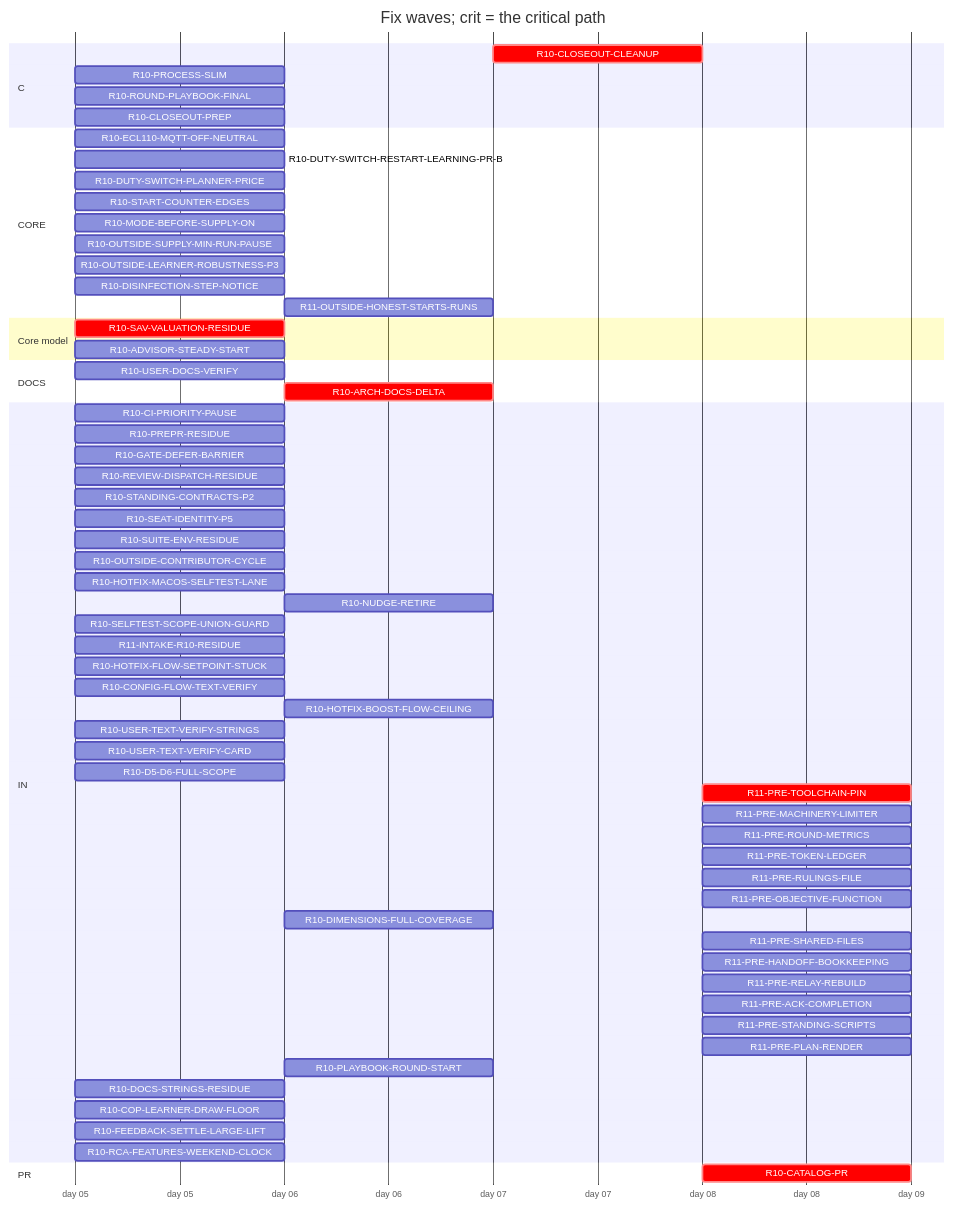
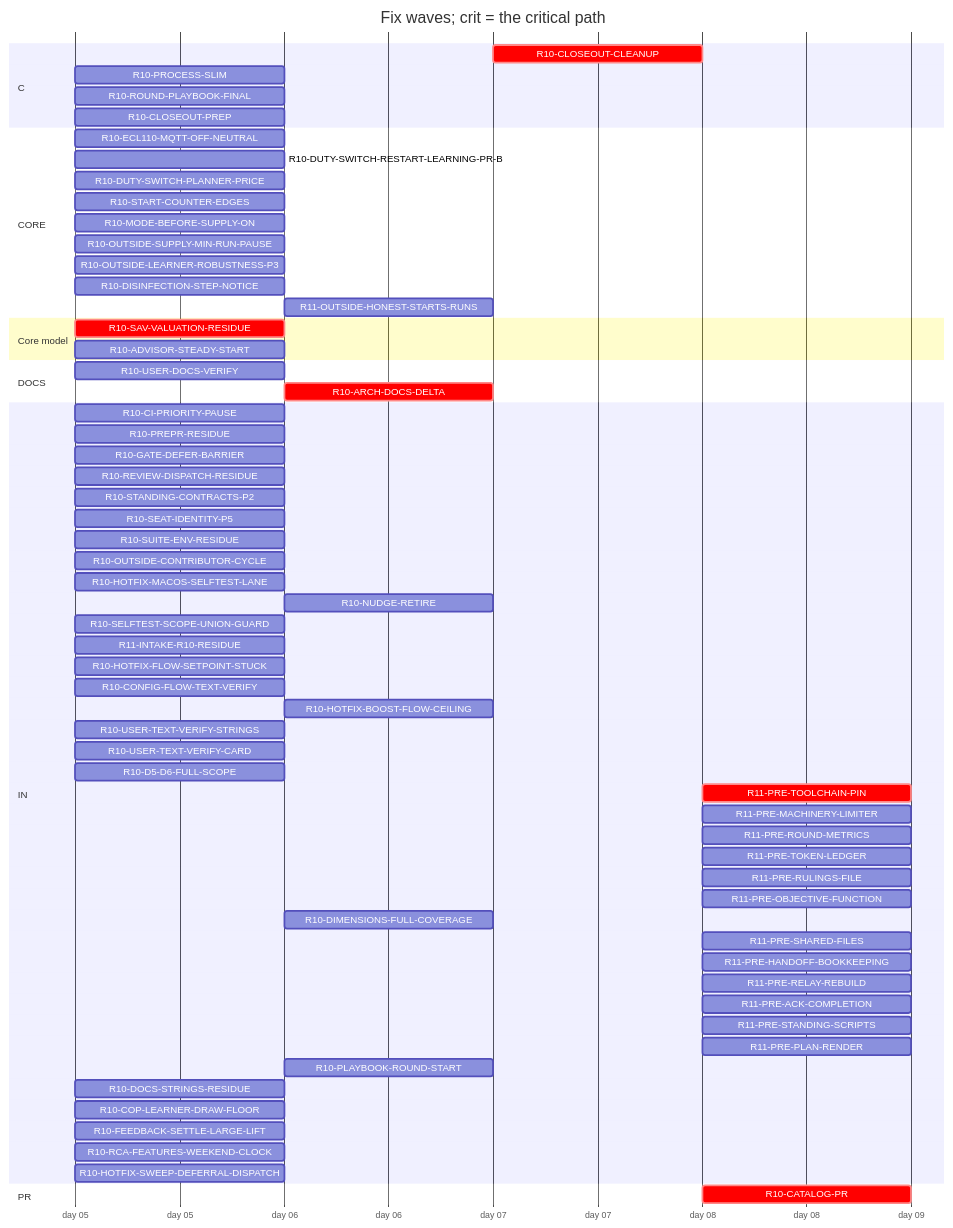
One commit to tvofi/heatpump_optimizer changed the diagram in handoff/round10/state/PLAN-TABLE.md. Above: the diagram before and after it, drawn with Mermaid. The commit also changed other lines of this file and 4 other files, not shown here.

Commit message:
state: FLOW-BOARD.md, NEXT-SESSION-PROMPT.md, PLAN-TABLE.md, PLAN.html, RESUME-CURRENT.md regenerated (state_docs.py)

````diff
--- a/handoff/round10/state/PLAN-TABLE.md
+++ b/handoff/round10/state/PLAN-TABLE.md
@@ -19,66 +19,67 @@
 ```mermaid
 gantt
   title Fix waves; crit = the critical path
   dateFormat YYYY-MM-DD
   axisFormat day %d
   section C
     R10-CLOSEOUT-CLEANUP :crit, r10CLOSEOUTCLEANUP, after r10USERDOCSVERIFY r10CLOSEOUTPREP r10ARCHDOCSDELTA, 1d
     R10-PROCESS-SLIM :r10PROCESSSLIM, 2026-01-05, 1d
     R10-ROUND-PLAYBOOK-FINAL :r10ROUNDPLAYBOOKFINAL, 2026-01-05, 1d
     R10-CLOSEOUT-PREP :r10CLOSEOUTPREP, 2026-01-05, 1d
   section CORE
     R10-ECL110-MQTT-OFF-NEUTRAL :r10ECL110MQTTOFFNEUTRAL, 2026-01-05, 1d
     R10-DUTY-SWITCH-RESTART-LEARNING-PR-B :r10DUTYSWITCHRESTARTLEARNINGPRB, 2026-01-05, 1d
     R10-DUTY-SWITCH-PLANNER-PRICE :r10DUTYSWITCHPLANNERPRICE, 2026-01-05, 1d
     R10-START-COUNTER-EDGES :r10STARTCOUNTEREDGES, 2026-01-05, 1d
     R10-MODE-BEFORE-SUPPLY-ON :r10MODEBEFORESUPPLYON, 2026-01-05, 1d
     R10-OUTSIDE-SUPPLY-MIN-RUN-PAUSE :r10OUTSIDESUPPLYMINRUNPAUSE, 2026-01-05, 1d
     R10-OUTSIDE-LEARNER-ROBUSTNESS-P3 :r10OUTSIDELEARNERROBUSTNESSP3, 2026-01-05, 1d
     R10-DISINFECTION-STEP-NOTICE :r10DISINFECTIONSTEPNOTICE, 2026-01-05, 1d
     R11-OUTSIDE-HONEST-STARTS-RUNS :r11OUTSIDEHONESTSTARTSRUNS, after r10DUTYSWITCHPLANNERPRICE r10OUTSIDESUPPLYMINRUNPAUSE r10ADVISORSTEADYSTART, 1d
   section Core model
     R10-SAV-VALUATION-RESIDUE :crit, r10SAVVALUATIONRESIDUE, 2026-01-05, 1d
     R10-ADVISOR-STEADY-START :r10ADVISORSTEADYSTART, 2026-01-05, 1d
   section DOCS
     R10-USER-DOCS-VERIFY :r10USERDOCSVERIFY, 2026-01-05, 1d
     R10-ARCH-DOCS-DELTA :crit, r10ARCHDOCSDELTA, after r10SAVVALUATIONRESIDUE r10ADVISORSTEADYSTART, 1d
   section IN
     R10-CI-PRIORITY-PAUSE :r10CIPRIORITYPAUSE, 2026-01-05, 1d
     R10-PREPR-RESIDUE :r10PREPRRESIDUE, 2026-01-05, 1d
     R10-GATE-DEFER-BARRIER :r10GATEDEFERBARRIER, 2026-01-05, 1d
     R10-REVIEW-DISPATCH-RESIDUE :r10REVIEWDISPATCHRESIDUE, 2026-01-05, 1d
     R10-STANDING-CONTRACTS-P2 :r10STANDINGCONTRACTSP2, 2026-01-05, 1d
     R10-SEAT-IDENTITY-P5 :r10SEATIDENTITYP5, 2026-01-05, 1d
     R10-SUITE-ENV-RESIDUE :r10SUITEENVRESIDUE, 2026-01-05, 1d
     R10-OUTSIDE-CONTRIBUTOR-CYCLE :r10OUTSIDECONTRIBUTORCYCLE, 2026-01-05, 1d
     R10-HOTFIX-MACOS-SELFTEST-LANE :r10HOTFIXMACOSSELFTESTLANE, 2026-01-05, 1d
     R10-NUDGE-RETIRE :r10NUDGERETIRE, after r10ROUNDPLAYBOOKFINAL, 1d
     R10-SELFTEST-SCOPE-UNION-GUARD :r10SELFTESTSCOPEUNIONGUARD, 2026-01-05, 1d
     R11-INTAKE-R10-RESIDUE :r11INTAKER10RESIDUE, 2026-01-05, 1d
     R10-HOTFIX-FLOW-SETPOINT-STUCK :r10HOTFIXFLOWSETPOINTSTUCK, 2026-01-05, 1d
     R10-CONFIG-FLOW-TEXT-VERIFY :r10CONFIGFLOWTEXTVERIFY, 2026-01-05, 1d
     R10-HOTFIX-BOOST-FLOW-CEILING :r10HOTFIXBOOSTFLOWCEILING, after r10HOTFIXFLOWSETPOINTSTUCK, 1d
     R10-USER-TEXT-VERIFY-STRINGS :r10USERTEXTVERIFYSTRINGS, 2026-01-05, 1d
     R10-USER-TEXT-VERIFY-CARD :r10USERTEXTVERIFYCARD, 2026-01-05, 1d
     R10-D5-D6-FULL-SCOPE :r10D5D6FULLSCOPE, 2026-01-05, 1d
     R11-PRE-TOOLCHAIN-PIN :crit, r11PRETOOLCHAINPIN, after r10CATALOGPR, 1d
     R11-PRE-MACHINERY-LIMITER :r11PREMACHINERYLIMITER, after r10CATALOGPR, 1d
     R11-PRE-ROUND-METRICS :r11PREROUNDMETRICS, after r10CATALOGPR, 1d
     R11-PRE-TOKEN-LEDGER :r11PRETOKENLEDGER, after r10CATALOGPR, 1d
     R11-PRE-RULINGS-FILE :r11PRERULINGSFILE, after r10CATALOGPR, 1d
     R11-PRE-OBJECTIVE-FUNCTION :r11PREOBJECTIVEFUNCTION, after r10CATALOGPR, 1d
     R10-DIMENSIONS-FULL-COVERAGE :r10DIMENSIONSFULLCOVERAGE, after r10D5D6FULLSCOPE, 1d
     R11-PRE-SHARED-FILES :r11PRESHAREDFILES, after r10CATALOGPR, 1d
     R11-PRE-HANDOFF-BOOKKEEPING :r11PREHANDOFFBOOKKEEPING, after r10CATALOGPR, 1d
     R11-PRE-RELAY-REBUILD :r11PRERELAYREBUILD, after r10CATALOGPR, 1d
     R11-PRE-ACK-COMPLETION :r11PREACKCOMPLETION, after r10CATALOGPR, 1d
     R11-PRE-STANDING-SCRIPTS :r11PRESTANDINGSCRIPTS, after r10CATALOGPR, 1d
     R11-PRE-PLAN-RENDER :r11PREPLANRENDER, after r10CATALOGPR, 1d
     R10-PLAYBOOK-ROUND-START :r10PLAYBOOKROUNDSTART, after r10ROUNDPLAYBOOKFINAL, 1d
     R10-DOCS-STRINGS-RESIDUE :r10DOCSSTRINGSRESIDUE, 2026-01-05, 1d
     R10-COP-LEARNER-DRAW-FLOOR :r10COPLEARNERDRAWFLOOR, 2026-01-05, 1d
     R10-FEEDBACK-SETTLE-LARGE-LIFT :r10FEEDBACKSETTLELARGELIFT, 2026-01-05, 1d
     R10-RCA-FEATURES-WEEKEND-CLOCK :r10RCAFEATURESWEEKENDCLOCK, 2026-01-05, 1d
+    R10-HOTFIX-SWEEP-DEFERRAL-DISPATCH :r10HOTFIXSWEEPDEFERRALDISPATCH, 2026-01-05, 1d
   section PR
     R10-CATALOG-PR :crit, r10CATALOGPR, after r10USERDOCSVERIFY r10CLOSEOUTCLEANUP r10CLOSEOUTPREP r10ARCHDOCSDELTA, 1d
 ```
````
